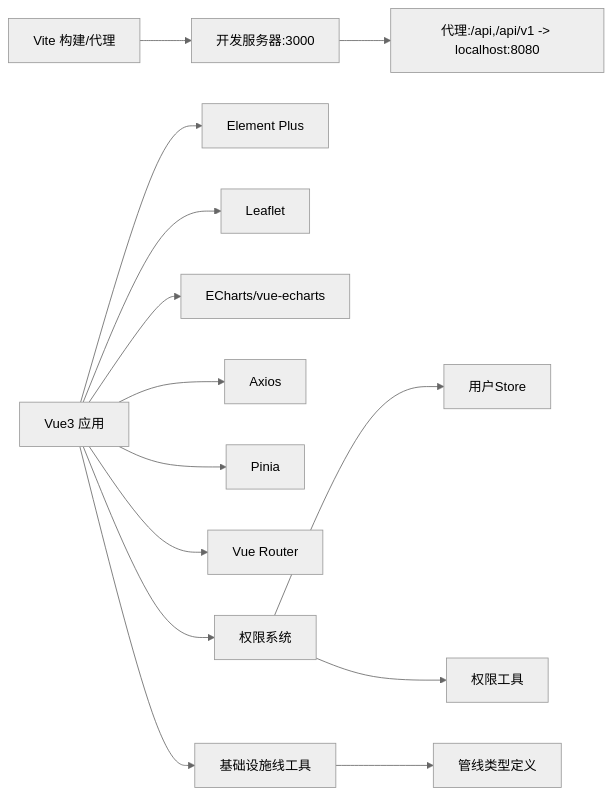
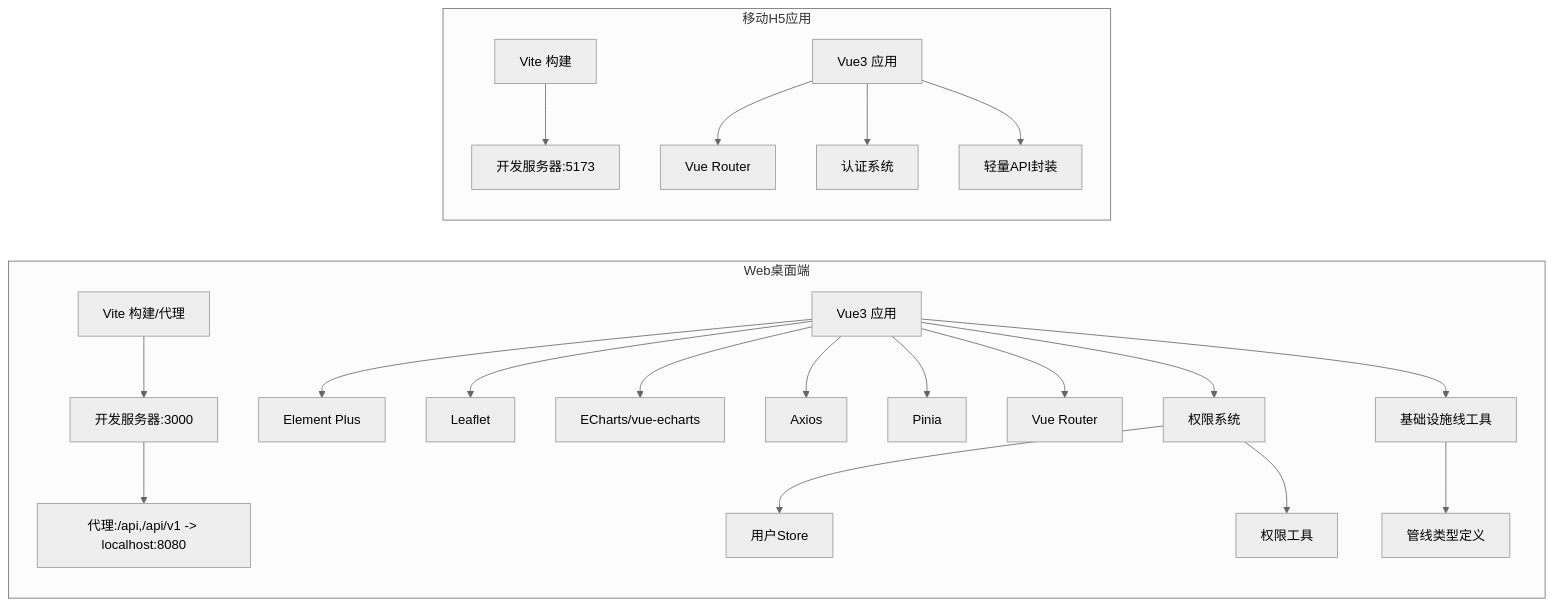
One commit to q446328246/agri-platform changed the tenth of 10 diagrams in .qoder/repowiki/zh/content/前端应用文档/前端应用文档.md. Above: the diagram before and after it, drawn with Mermaid (neutral theme). The commit also changed other lines of this file and 5 other files, not shown here.

````diff
--- a/.qoder/repowiki/zh/content/前端应用文档/前端应用文档.md
+++ b/.qoder/repowiki/zh/content/前端应用文档/前端应用文档.md
@@ -435,16 +491,24 @@
 ```mermaid
 graph LR
+subgraph "Web桌面端"
 Vite["Vite 构建/代理"] --> DevServer["开发服务器:3000"]
 DevServer --> Proxy["代理:/api,/api/v1 -> localhost:8080"]
 App["Vue3 应用"] --> EP["Element Plus"]
 App --> Lf["Leaflet"]
 App --> Ec["ECharts/vue-echarts"]
 App --> Ax["Axios"]
 App --> Pr["Pinia"]
 App --> Rt["Vue Router"]
 App --> Perm["权限系统"]
 Perm --> Store["用户Store"]
 Perm --> Utils["权限工具"]
 App --> Infra["基础设施线工具"]
 Infra --> Types["管线类型定义"]
+end
+subgraph "移动H5应用"
+MobileVite["Vite 构建"] --> MobileDev["开发服务器:5173"]
+MobileApp["Vue3 应用"] --> MobileRt["Vue Router"]
+MobileApp --> MobileAuth["认证系统"]
+MobileApp --> MobileApi["轻量API封装"]
+end
 ```
````
